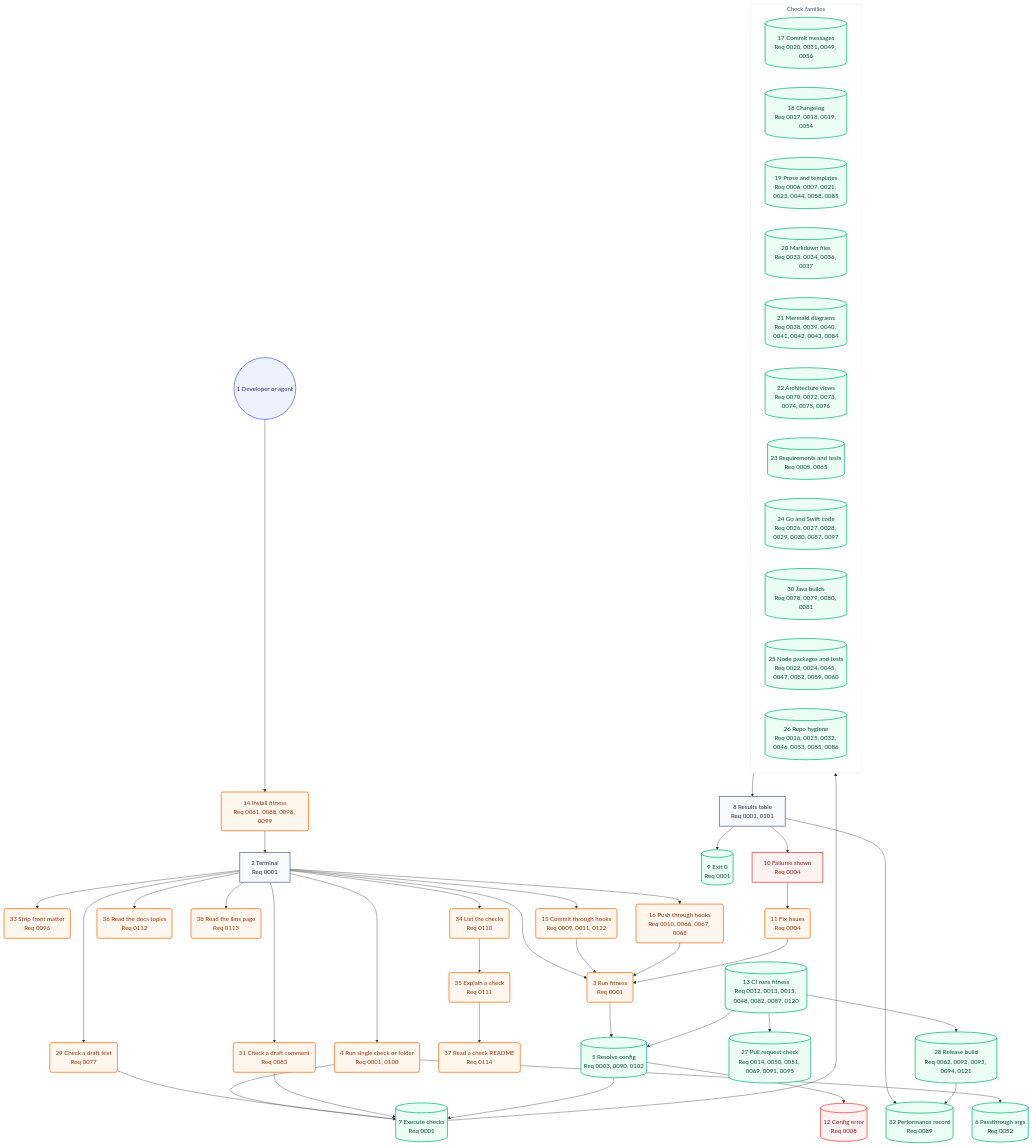
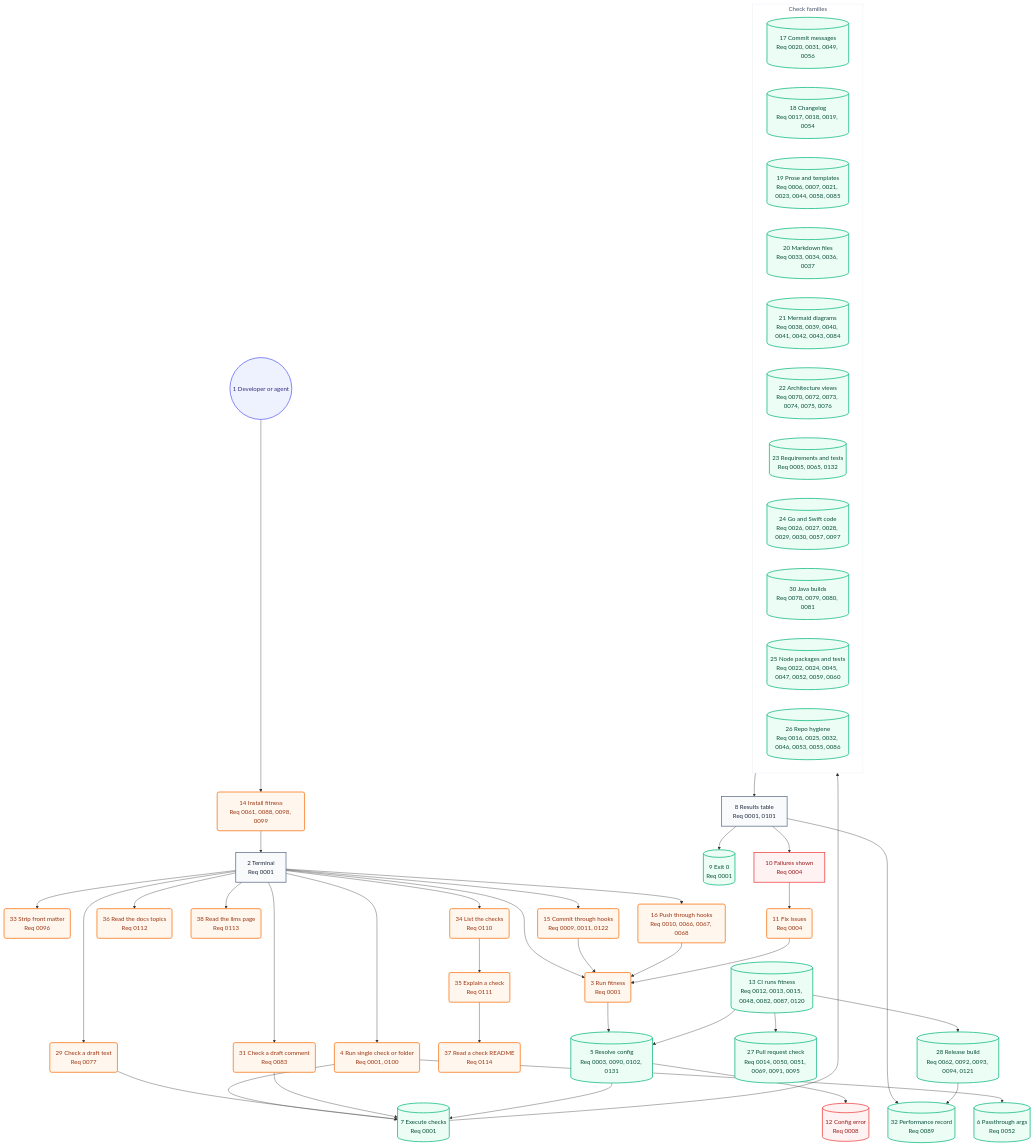
One commit to may-journal/fitness-runner changed the second of 2 diagrams in docs/architecture/05-user-journey.md. Above: the diagram before and after it, drawn with Mermaid. The commit also changed 112 other files, not shown here.

```diff
--- a/docs/architecture/05-user-journey.md
+++ b/docs/architecture/05-user-journey.md
@@ -49,7 +49,7 @@
     readLLMs(38 Read the llms page<br/>Req 0113):::action
     commitHook(15 Commit through hooks<br/>Req 0009, 0011, 0122):::action
     pushHook(16 Push through hooks<br/>Req 0010, 0066, 0067, 0068):::action
-    resolveConfig[(5 Resolve config<br/>Req 0003, 0090, 0102)]:::system
+    resolveConfig[(5 Resolve config<br/>Req 0003, 0090, 0102, 0131)]:::system
     passArgs[(6 Passthrough args<br/>Req 0052)]:::system
     executeChecks[(7 Execute checks<br/>Req 0001)]:::system
 
@@ -60,7 +60,7 @@
         markdownChecks[(20 Markdown files<br/>Req 0033, 0034, 0036, 0037)]:::system
         mermaidChecks[(21 Mermaid diagrams<br/>Req 0038, 0039, 0040, 0041, 0042, 0043, 0084)]:::system
         architectureChecks[(22 Architecture views<br/>Req 0070, 0072, 0073, 0074, 0075, 0076)]:::system
-        requirementChecks[(23 Requirements and tests<br/>Req 0005, 0065)]:::system
+        requirementChecks[(23 Requirements and tests<br/>Req 0005, 0065, 0132)]:::system
         goSwiftChecks[(24 Go and Swift code<br/>Req 0026, 0027, 0028, 0029, 0030, 0057, 0097)]:::system
         javaChecks[(30 Java builds<br/>Req 0078, 0079, 0080, 0081)]:::system
         nodeChecks[(25 Node packages and tests<br/>Req 0022, 0024, 0045, 0047, 0052, 0059, 0060)]:::system
```
